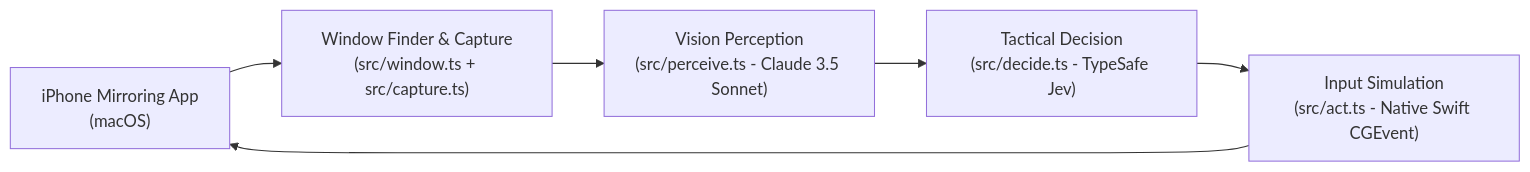
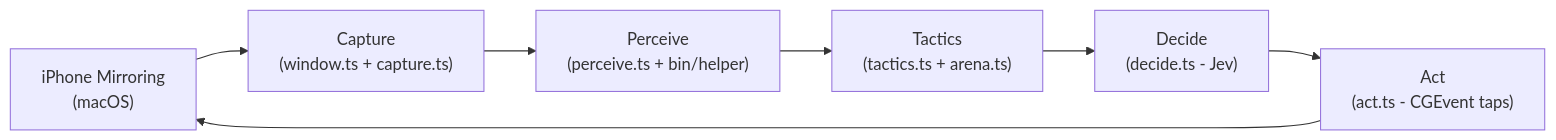
Before and after one commit to Amrit-Nigam/jev-royal: the diagram in README.md, drawn with Mermaid. The commit also changed other lines of this file and 28 other files, not shown here.

First line of the commit message:
Rebuild perception, tactics and dashboard; document enemy-card limitation

````diff
--- a/README.md
+++ b/README.md
@@ -9,8 +12,9 @@
 ```mermaid
 flowchart LR
-    A["iPhone Mirroring App<br/>(macOS)"] --> B["Window Finder & Capture<br/>(src/window.ts + src/capture.ts)"]
-    B --> C["Vision Perception<br/>(src/perceive.ts - Claude 3.5 Sonnet)"]
-    C --> D["Tactical Decision<br/>(src/decide.ts - TypeSafe Jev)"]
-    D --> E["Input Simulation<br/>(src/act.ts - Native Swift CGEvent)"]
-    E --> A
+    A["iPhone Mirroring<br/>(macOS)"] --> B["Capture<br/>(window.ts + capture.ts)"]
+    B --> C["Perceive<br/>(perceive.ts + bin/helper)"]
+    C --> D["Tactics<br/>(tactics.ts + arena.ts)"]
+    D --> E["Decide<br/>(decide.ts - Jev)"]
+    E --> F["Act<br/>(act.ts - CGEvent taps)"]
+    F --> A
 ```
````
